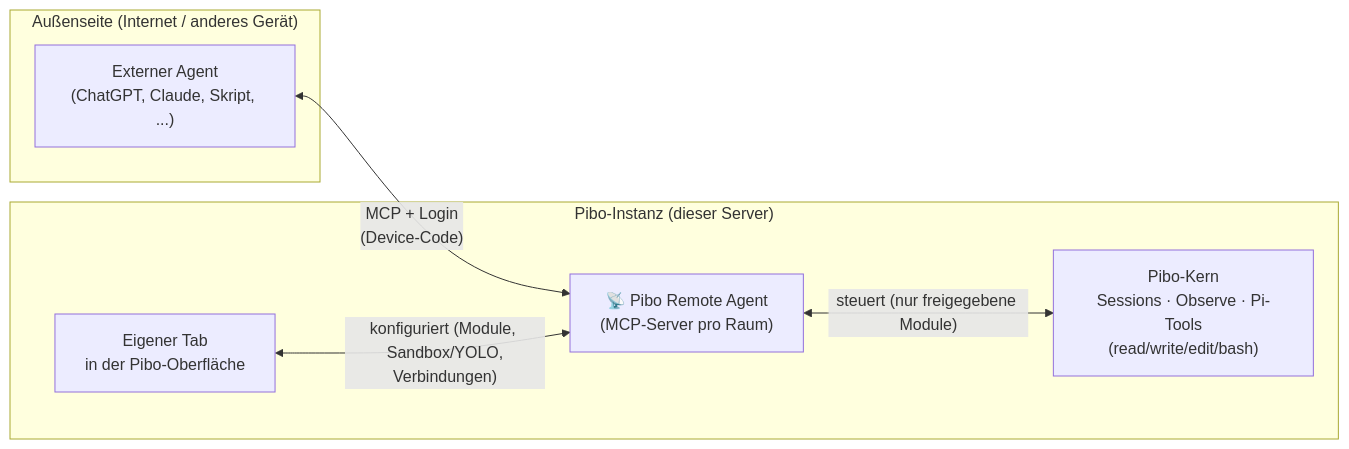
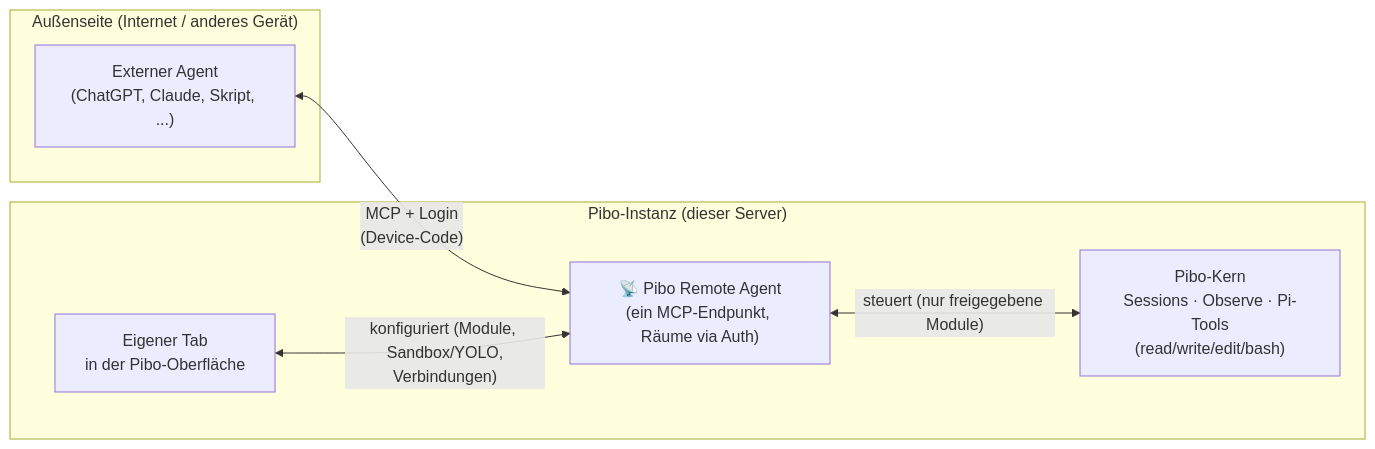
The first of 6 diagrams in docs/plans/pibo-remote-agent-entwurf.md (Pascapone/pibo), drawn with Mermaid before and after one commit. The commit also changed other lines of this file and 10 other files, not shown here.

````diff
--- a/docs/plans/pibo-remote-agent-entwurf.md
+++ b/docs/plans/pibo-remote-agent-entwurf.md
@@ -41,16 +41,16 @@
 ```mermaid
 flowchart LR
     subgraph AUßEN["Außenseite (Internet / anderes Gerät)"]
         EXT["Externer Agent\n(ChatGPT, Claude, Skript, ...)"]
     end
 
     subgraph PIBO["Pibo-Instanz (dieser Server)"]
-        MCP["📡 Pibo Remote Agent\n(MCP-Server pro Raum)"]
+        MCP["📡 Pibo Remote Agent\n(ein MCP-Endpunkt, Räume via Auth)"]
         TAB["Eigener Tab\nin der Pibo-Oberfläche"]
         CORE["Pibo-Kern\nSessions · Observe · Pi-Tools\n(read/write/edit/bash)"]
     end
 
     EXT <-- "MCP + Login\n(Device-Code)" --> MCP
     MCP <-- "steuert (nur freigegebene Module)" --> CORE
     TAB <-- "konfiguriert (Module, Sandbox/YOLO,\nVerbindungen)" --> MCP
 ```
````
